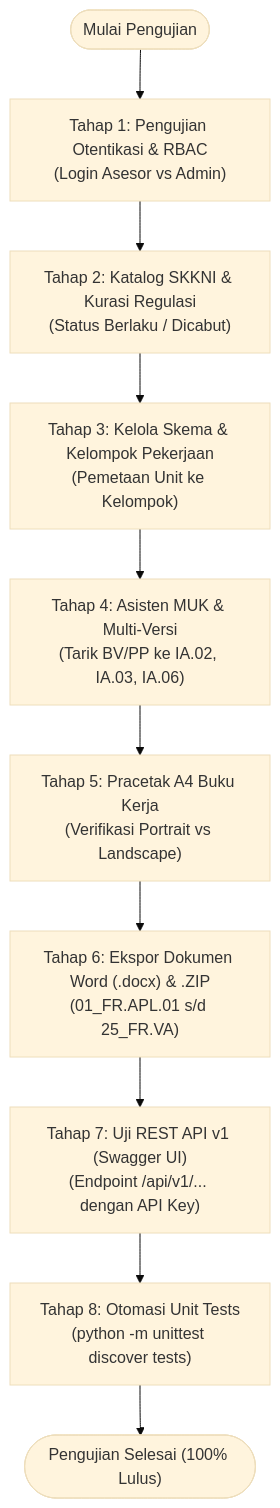
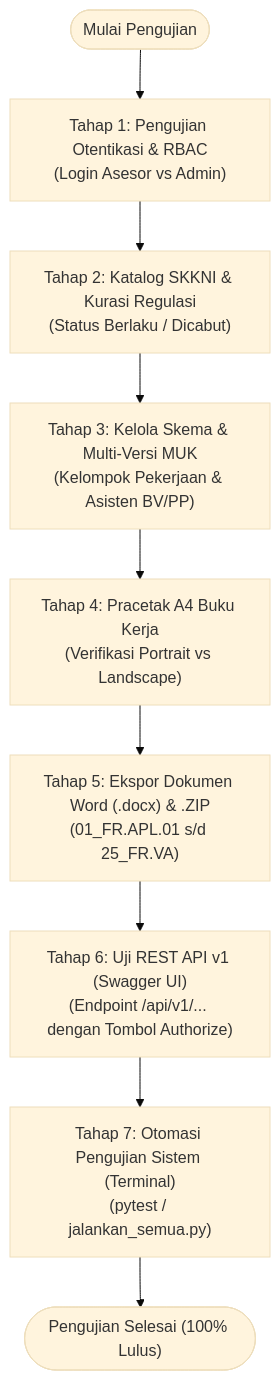
Before and after one commit to muhidark/Buku-Kerja-BNSP-Builder: the diagram in docs/PANDUAN_ALUR_PENGUJIAN.md, drawn with Mermaid (base theme). The commit also changed other lines of this file and 5 other files, not shown here.

First line of the commit message:
docs(audit): dokumentasi satu sumber kebenaran, sinkronisasi panduan pengujian & hasil verifikasi akhir (Fase 6 & 7)

````diff
--- a/docs/PANDUAN_ALUR_PENGUJIAN.md
+++ b/docs/PANDUAN_ALUR_PENGUJIAN.md
@@ -10,12 +10,11 @@
 ```mermaid
 flowchart TD
     Start(["Mulai Pengujian"]) --> Step1["Tahap 1: Pengujian Otentikasi & RBAC<br/>(Login Asesor vs Admin)"]
     Step1 --> Step2["Tahap 2: Katalog SKKNI & Kurasi Regulasi<br/>(Status Berlaku / Dicabut)"]
-    Step2 --> Step3["Tahap 3: Kelola Skema & Kelompok Pekerjaan<br/>(Pemetaan Unit ke Kelompok)"]
-    Step3 --> Step4["Tahap 4: Asisten MUK & Multi-Versi<br/>(Tarik BV/PP ke IA.02, IA.03, IA.06)"]
-    Step4 --> Step5["Tahap 5: Pracetak A4 Buku Kerja<br/>(Verifikasi Portrait vs Landscape)"]
-    Step5 --> Step6["Tahap 6: Ekspor Dokumen Word (.docx) & .ZIP<br/>(01_FR.APL.01 s/d 25_FR.VA)"]
-    Step6 --> Step7["Tahap 7: Uji REST API v1 (Swagger UI)<br/>(Endpoint /api/v1/... dengan API Key)"]
-    Step7 --> Step8["Tahap 8: Otomasi Unit Tests<br/>(python -m unittest discover tests)"]
-    Step8 --> Finish(["Pengujian Selesai (100% Lulus)"])
+    Step2 --> Step3["Tahap 3: Kelola Skema & Multi-Versi MUK<br/>(Kelompok Pekerjaan & Asisten BV/PP)"]
+    Step3 --> Step4["Tahap 4: Pracetak A4 Buku Kerja<br/>(Verifikasi Portrait vs Landscape)"]
+    Step4 --> Step5["Tahap 5: Ekspor Dokumen Word (.docx) & .ZIP<br/>(01_FR.APL.01 s/d 25_FR.VA)"]
+    Step5 --> Step6["Tahap 6: Uji REST API v1 (Swagger UI)<br/>(Endpoint /api/v1/... dengan Tombol Authorize)"]
+    Step6 --> Step7["Tahap 7: Otomasi Pengujian Sistem (Terminal)<br/>(pytest / jalankan_semua.py)"]
+    Step7 --> Finish(["Pengujian Selesai (100% Lulus)"])
 ```
````
